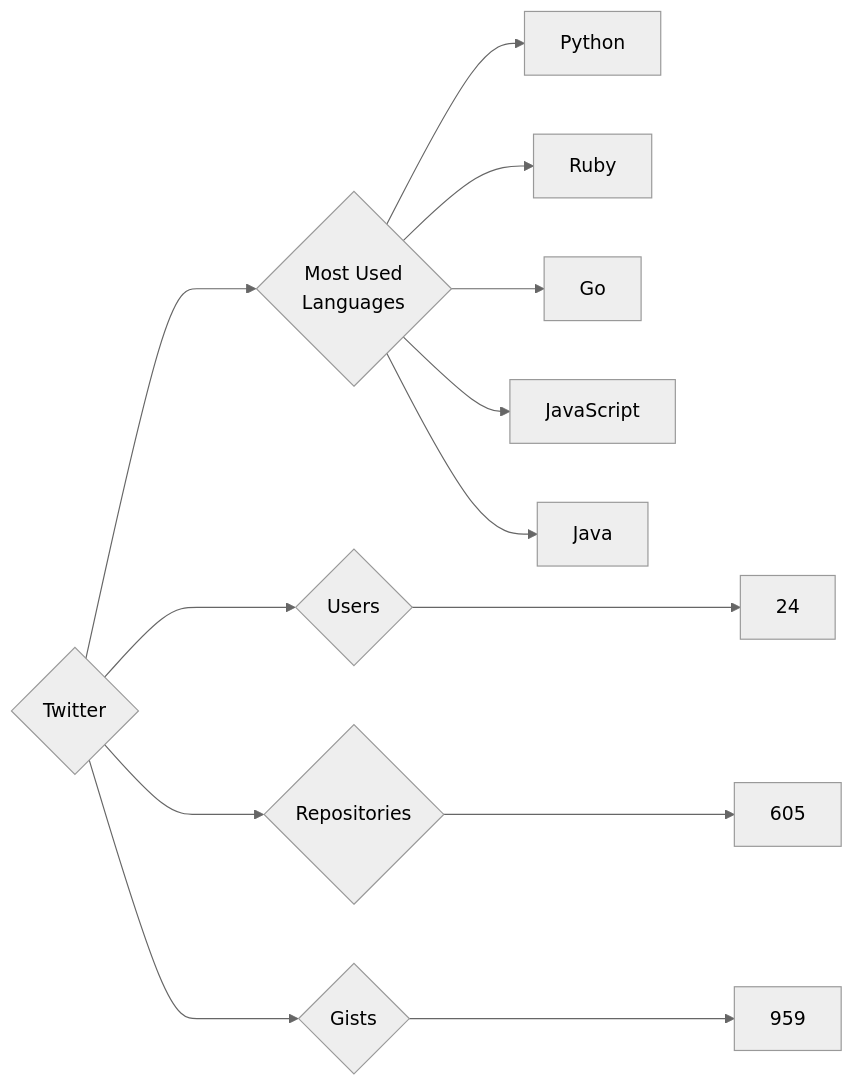
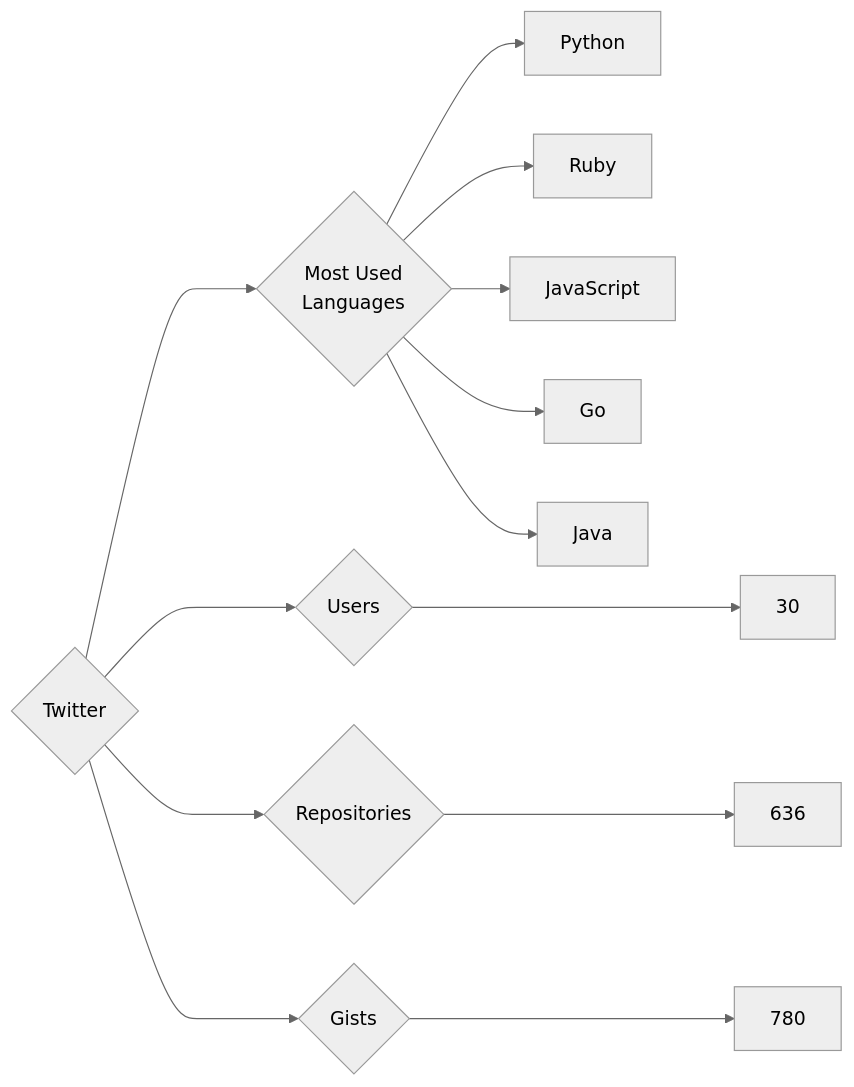
Before and after one commit to trickest/insiders: the diagram in targets/Twitter/README.md, drawn with Mermaid (neutral theme). The commit also changed 1508 other files, not shown here.

````diff
--- a/targets/Twitter/README.md
+++ b/targets/Twitter/README.md
@@ -3,13 +3,13 @@
 ```mermaid
 graph LR
 COMPANY_NAME{Twitter}
-COMPANY_NAME ---> U{Users} ---> UN[24]
-COMPANY_NAME ---> R{Repositories} ---> RN[605]
-COMPANY_NAME ---> G{Gists} ---> GN[959]
+COMPANY_NAME ---> U{Users} ---> UN[30]
+COMPANY_NAME ---> R{Repositories} ---> RN[636]
+COMPANY_NAME ---> G{Gists} ---> GN[780]
 COMPANY_NAME ---> ML{Most Used<br>Languages}
 ML --> Python[Python]
 ML --> Ruby[Ruby]
+ML --> JavaScript[JavaScript]
 ML --> Go[Go]
-ML --> JavaScript[JavaScript]
 ML --> Java[Java]
 ```
````
